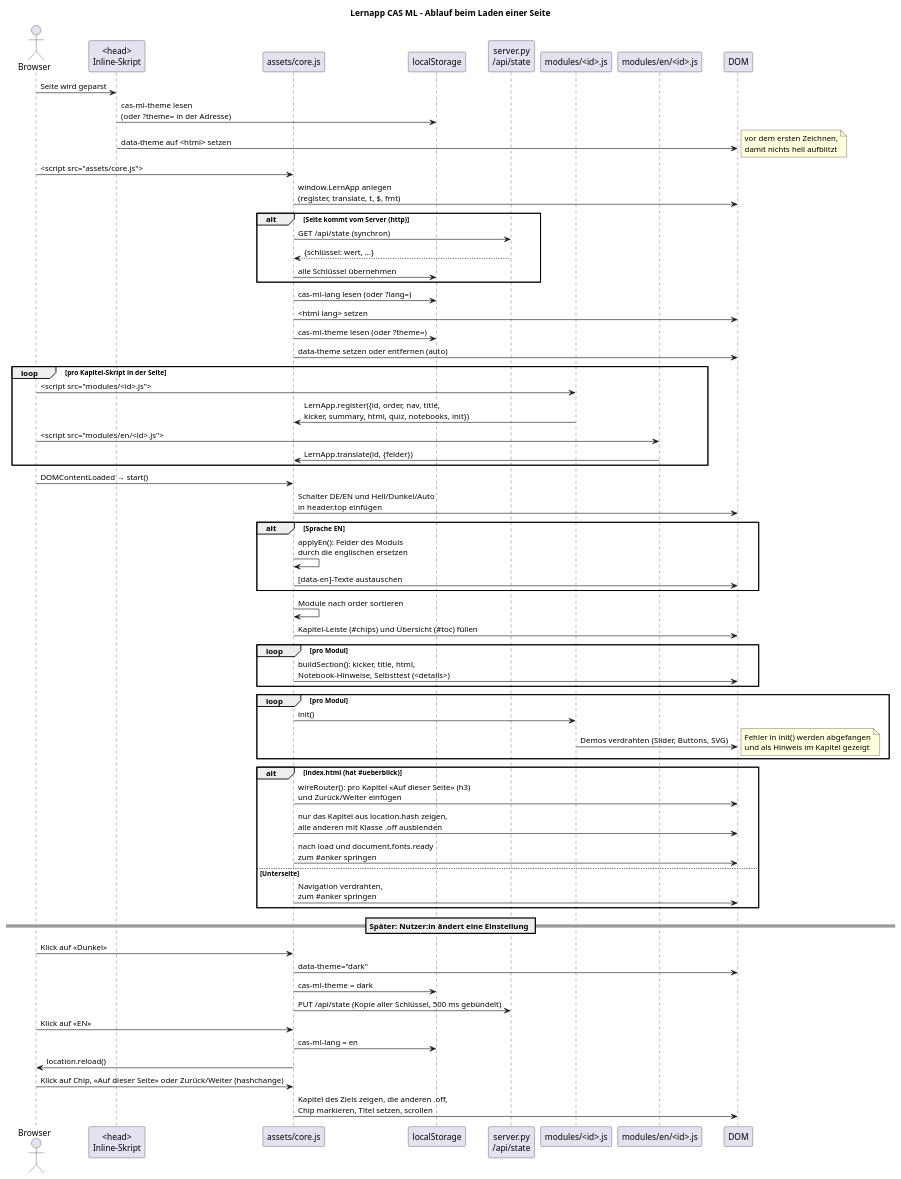
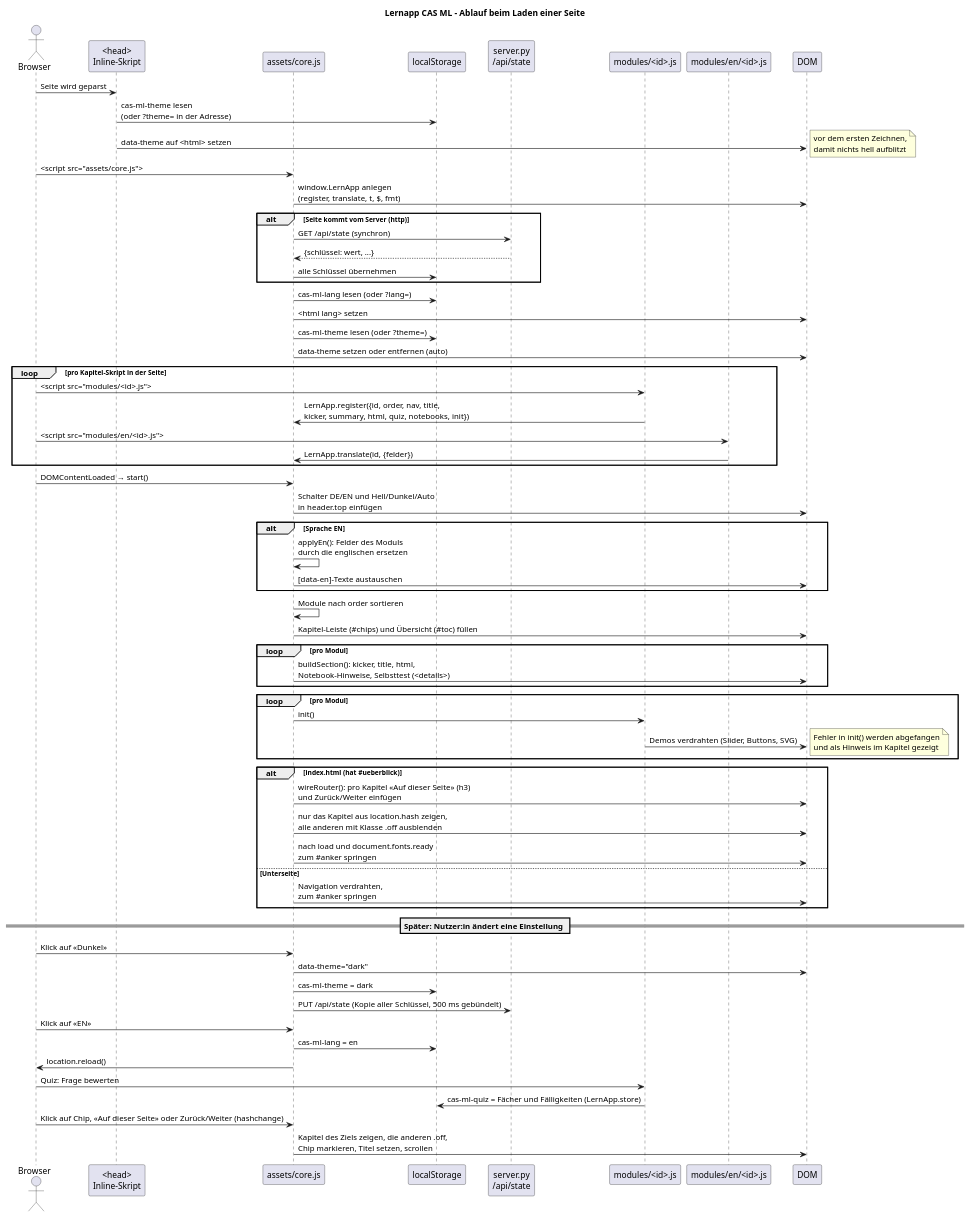
The diagram in docs/page-load-sequence.puml (rotscher-baumi/lernapp-cas-ml), drawn with PlantUML before and after one commit. The commit also changed 13 other files, not shown here.

```diff
--- a/docs/page-load-sequence.puml
+++ b/docs/page-load-sequence.puml
@@ -1,74 +1,76 @@
 @startuml page-load-sequence
 ' Ablauf beim Laden einer Seite: vom ersten Skript bis zu den fertigen Kapiteln.
 ' Stand 2026-11-01.
 title Lernapp CAS ML – Ablauf beim Laden einer Seite
 
 actor "Browser" as b
 participant "<head>\nInline-Skript" as head
 participant "assets/core.js" as core
 participant "localStorage" as ls
 participant "server.py\n/api/state" as srv
 participant "modules/<id>.js" as mod
 participant "modules/en/<id>.js" as en
 participant "DOM" as dom
 
 b -> head : Seite wird geparst
 head -> ls : cas-ml-theme lesen\n(oder ?theme= in der Adresse)
 head -> dom : data-theme auf <html> setzen
 note right : vor dem ersten Zeichnen,\ndamit nichts hell aufblitzt
 
 b -> core : <script src="assets/core.js">
 core -> dom : window.LernApp anlegen\n(register, translate, t, $, fmt)
 alt Seite kommt vom Server (http)
   core -> srv : GET /api/state (synchron)
   srv --> core : {schlüssel: wert, ...}
   core -> ls : alle Schlüssel übernehmen
 end
 core -> ls : cas-ml-lang lesen (oder ?lang=)
 core -> dom : <html lang> setzen
 core -> ls : cas-ml-theme lesen (oder ?theme=)
 core -> dom : data-theme setzen oder entfernen (auto)
 
 loop pro Kapitel-Skript in der Seite
   b -> mod : <script src="modules/<id>.js">
   mod -> core : LernApp.register({id, order, nav, title,\nkicker, summary, html, quiz, notebooks, init})
   b -> en : <script src="modules/en/<id>.js">
   en -> core : LernApp.translate(id, {felder})
 end
 
 b -> core : DOMContentLoaded → start()
 core -> dom : Schalter DE/EN und Hell/Dunkel/Auto\nin header.top einfügen
 alt Sprache EN
   core -> core : applyEn(): Felder des Moduls\ndurch die englischen ersetzen
   core -> dom : [data-en]-Texte austauschen
 end
 core -> core : Module nach order sortieren
 core -> dom : Kapitel-Leiste (#chips) und Übersicht (#toc) füllen
 loop pro Modul
   core -> dom : buildSection(): kicker, title, html,\nNotebook-Hinweise, Selbsttest (<details>)
 end
 loop pro Modul
   core -> mod : init()
   mod -> dom : Demos verdrahten (Slider, Buttons, SVG)
   note right : Fehler in init() werden abgefangen\nund als Hinweis im Kapitel gezeigt
 end
 alt index.html (hat #ueberblick)
   core -> dom : wireRouter(): pro Kapitel «Auf dieser Seite» (h3)\nund Zurück/Weiter einfügen
   core -> dom : nur das Kapitel aus location.hash zeigen,\nalle anderen mit Klasse .off ausblenden
   core -> dom : nach load und document.fonts.ready\nzum #anker springen
 else Unterseite
   core -> dom : Navigation verdrahten,\nzum #anker springen
 end
 
 == Später: Nutzer:in ändert eine Einstellung ==
 b -> core : Klick auf «Dunkel»
 core -> dom : data-theme="dark"
 core -> ls : cas-ml-theme = dark
 core -> srv : PUT /api/state (Kopie aller Schlüssel, 500 ms gebündelt)
 b -> core : Klick auf «EN»
 core -> ls : cas-ml-lang = en
 core -> b : location.reload()
+b -> mod : Quiz: Frage bewerten
+mod -> ls : cas-ml-quiz = Fächer und Fälligkeiten (LernApp.store)
 b -> core : Klick auf Chip, «Auf dieser Seite» oder Zurück/Weiter (hashchange)
 core -> dom : Kapitel des Ziels zeigen, die anderen .off,\nChip markieren, Titel setzen, scrollen
 
 @enduml
```
